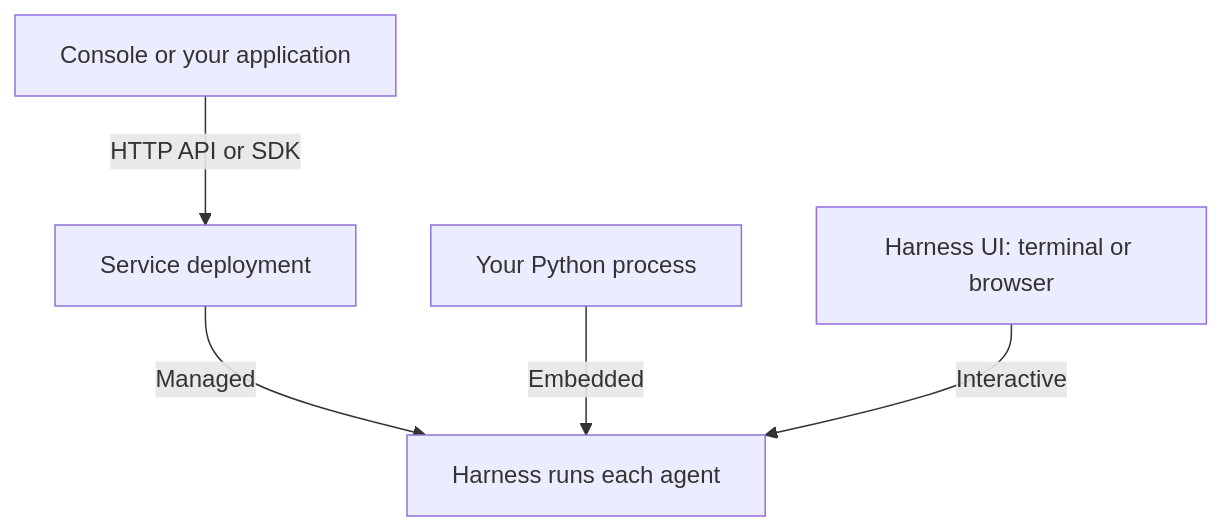
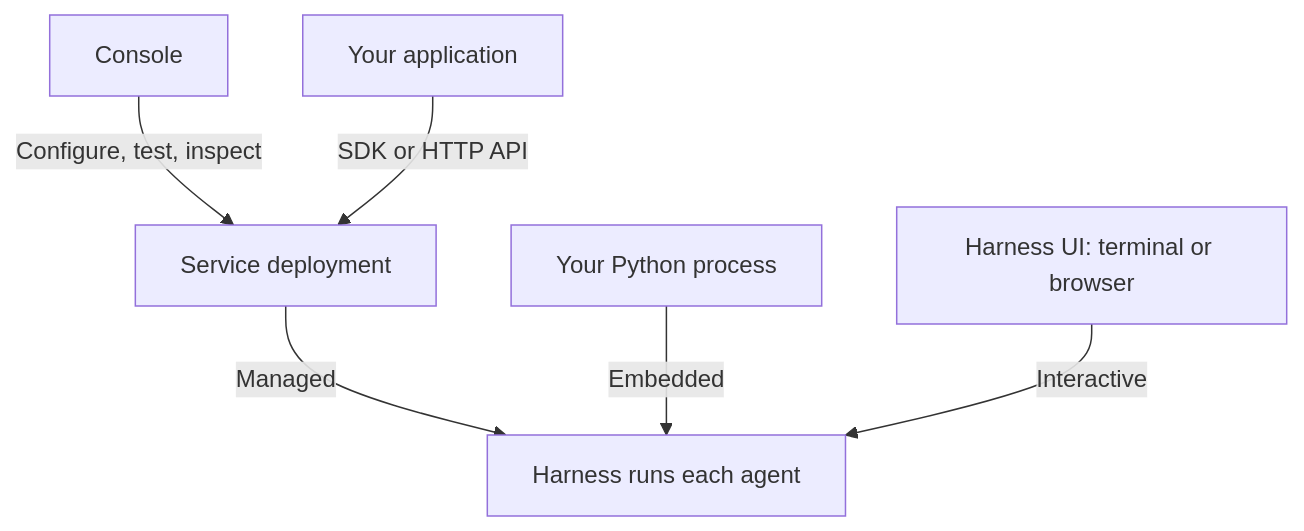
Before and after one commit to converge-ai-labs/agent-foundation: the diagram in docs/overview/choose-your-path.md, drawn with Mermaid. The commit also changed other lines of this file and 177 other files, not shown here.

````diff
--- a/docs/overview/choose-your-path.md
+++ b/docs/overview/choose-your-path.md
@@ -23,12 +23,13 @@
 ```mermaid
 flowchart TB
-    Client["Console or your application"] -->|"HTTP API or SDK"| Service["Service deployment"]
+    Console["Console"] -->|"Configure, test, inspect"| Service["Service deployment"]
+    Client["Your application"] -->|"SDK or HTTP API"| Service
     Process["Your Python process"]
     Workbench["Harness UI: terminal or browser"]
     Service -->|"Managed"| Harness["Harness runs each agent"]
     Process -->|"Embedded"| Harness
     Workbench -->|"Interactive"| Harness
 
-    class Client,Process,Workbench app
+    class Console,Client,Process,Workbench app
     class Service,Harness a13n
 ```
````
